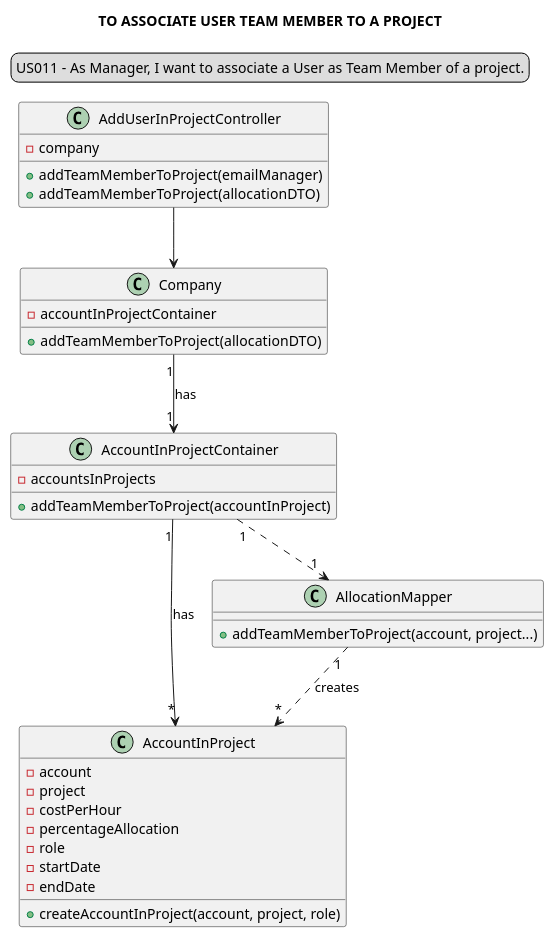
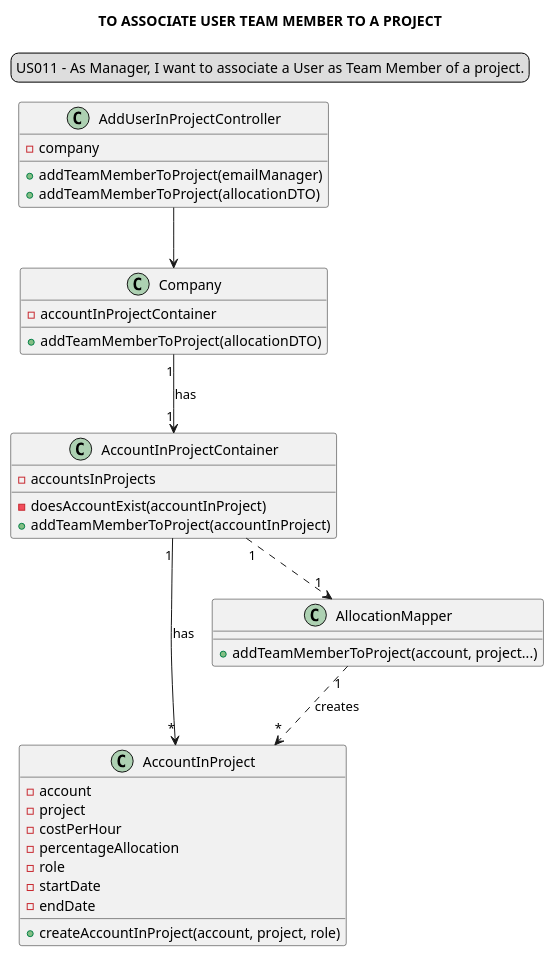
The diagram in docs/modelling_design/user_stories/sprint02/us011/US011_classDiagram.puml (Loracline/project_switch_22-23), drawn with PlantUML before and after one commit. The commit also changed 4 other files, not shown here.

Commit message:
US011 : Design and development : small refinement of Class Diagram and Sequence Diagram, creation of classes AllocationDTO and AllocationMapper (with method addTeamMemberToProject and its tests).

```diff
--- a/docs/modelling_design/user_stories/sprint02/us011/US011_classDiagram.puml
+++ b/docs/modelling_design/user_stories/sprint02/us011/US011_classDiagram.puml
@@ -1,45 +1,46 @@
 @startuml
 
 skinparam sequenceMessageAlign center
 title TO ASSOCIATE USER TEAM MEMBER TO A PROJECT
 legend top
 US011 - As Manager, I want to associate a User as Team Member of a project.
 end legend
 
 class AddUserInProjectController {
 -company
 +addTeamMemberToProject(emailManager)
 +addTeamMemberToProject(allocationDTO)
 }
 
 class Company {
 -accountInProjectContainer
 +addTeamMemberToProject(allocationDTO)
 }
 
 class AccountInProject{
 -account
 -project
 -costPerHour
 -percentageAllocation
 -role
 -startDate
 -endDate
 +createAccountInProject(account, project, role)
 }
 
 class AccountInProjectContainer{
 -accountsInProjects
+-doesAccountExist(accountInProject)
 +addTeamMemberToProject(accountInProject)
 }
 
 class AllocationMapper {
 +addTeamMemberToProject(account, project...)
 }
 
 AddUserInProjectController --> Company
 Company "1"-->"1" AccountInProjectContainer: has
 AccountInProjectContainer "1"..>"1" AllocationMapper
 AllocationMapper "1"..> "*"AccountInProject: creates
 AccountInProjectContainer "1"--> "*" AccountInProject: has
 @enduml
```
